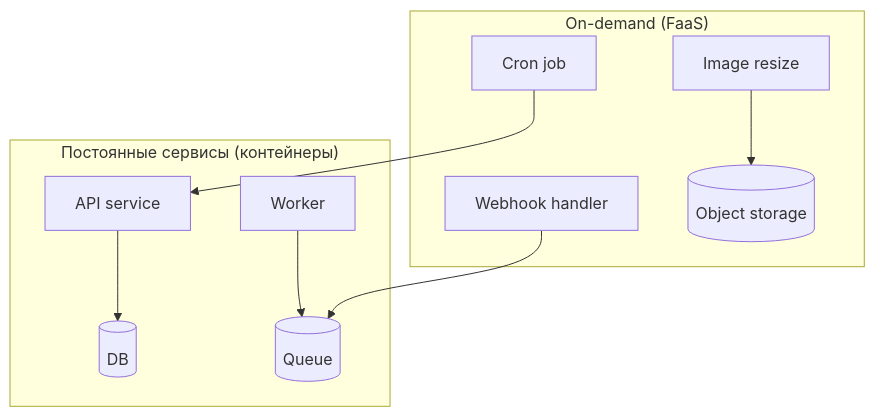
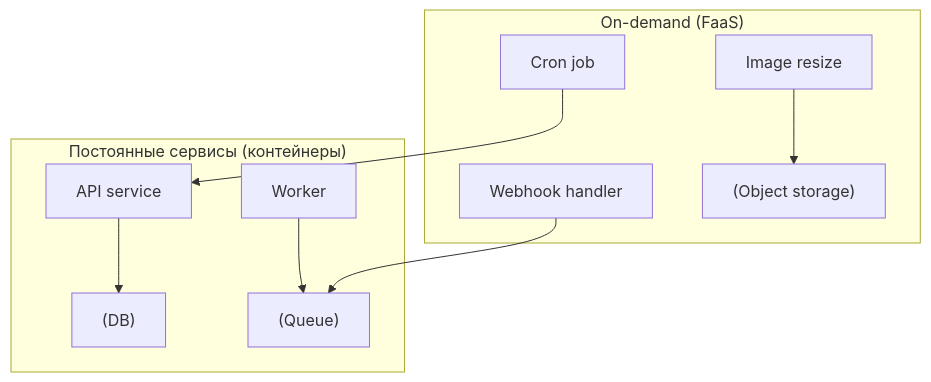
The diagram in directions/architecture/pact/34_sovremennye_napravleniya/02_34_2_serverless_i_faas.md (DDoSKudya/ai-study-atlas), drawn with Mermaid before and after one commit. The commit also changed 322 other files, not shown here.

Commit message:
fix(docs): make mermaid diagrams GitHub-compatible across directions content

````diff
--- a/directions/architecture/pact/34_sovremennye_napravleniya/02_34_2_serverless_i_faas.md
+++ b/directions/architecture/pact/34_sovremennye_napravleniya/02_34_2_serverless_i_faas.md
@@ -340,12 +340,12 @@
 ```mermaid
 flowchart TB
   subgraph Stable["Постоянные сервисы (контейнеры)"]
-    A[API service] --> DB[(DB)]
-    W[Worker] --> Q[(Queue)]
+    A["API service"] --> DB["(DB)"]
+    W["Worker"] --> Q["(Queue)"]
   end
   subgraph OnDemand["On-demand (FaaS)"]
-    F1[Webhook handler] --> Q
-    F2[Cron job] --> A
-    F3[Image resize] --> S[(Object storage)]
+    F1["Webhook handler"] --> Q
+    F2["Cron job"] --> A
+    F3["Image resize"] --> S["(Object storage)"]
   end
 ```
````
